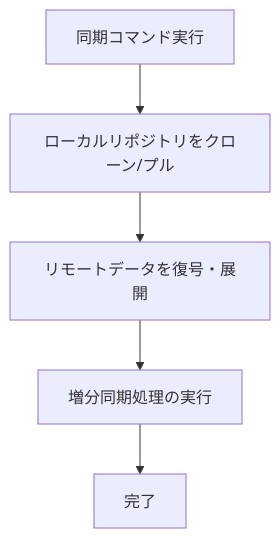
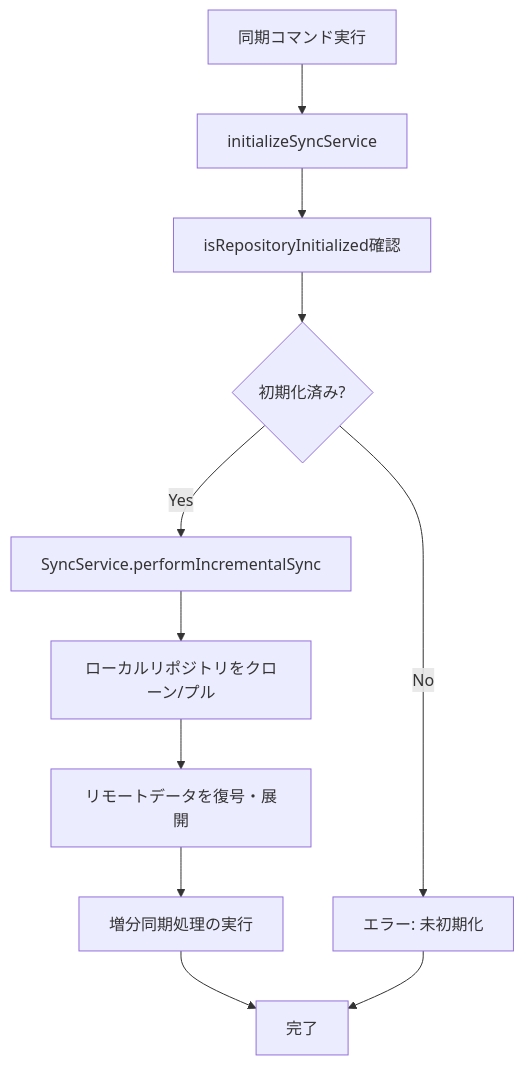
Before and after one commit to masahide/SecureNotesSyncVSCodeExt: the fourth of 4 diagrams in docs/sync-process-detailed-analysis.md, drawn with Mermaid. The commit also changed other lines of this file and 13 other files, not shown here.

First line of the commit message:
feat: Implement dependency injection architecture and refactor sync service

````diff
--- a/docs/sync-process-detailed-analysis.md
+++ b/docs/sync-process-detailed-analysis.md
@@ -61,7 +101,13 @@
 ```mermaid
 graph TD
-    A[同期コマンド実行] --> B[ローカルリポジトリをクローン/プル];
-    B --> C[リモートデータを復号・展開];
-    C --> D[増分同期処理の実行];
-    D --> E[完了];
+    A[同期コマンド実行] --> B[initializeSyncService];
+    B --> C[isRepositoryInitialized確認];
+    C --> D{初期化済み?};
+    D -->|No| E[エラー: 未初期化];
+    D -->|Yes| F[SyncService.performIncrementalSync];
+    F --> G[ローカルリポジトリをクローン/プル];
+    G --> H[リモートデータを復号・展開];
+    H --> I[増分同期処理の実行];
+    I --> J[完了];
+    E --> J;
 ```
````
